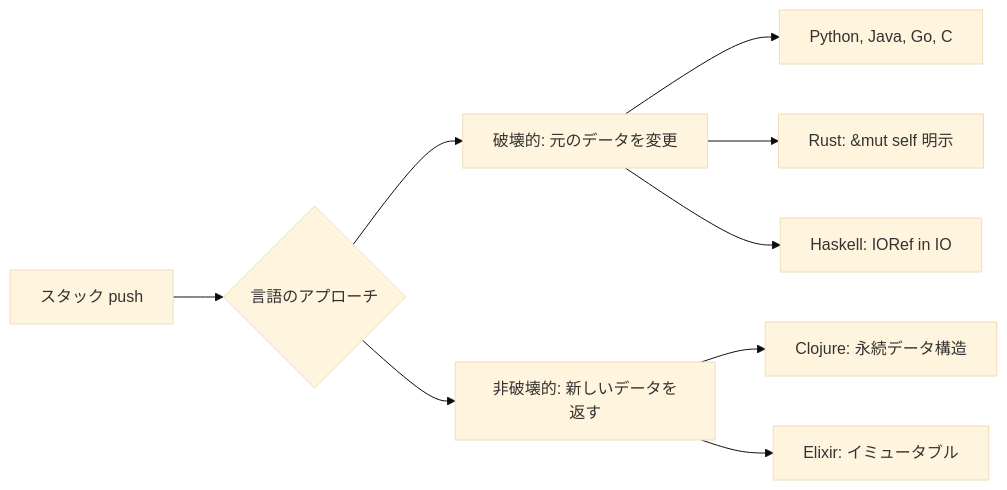
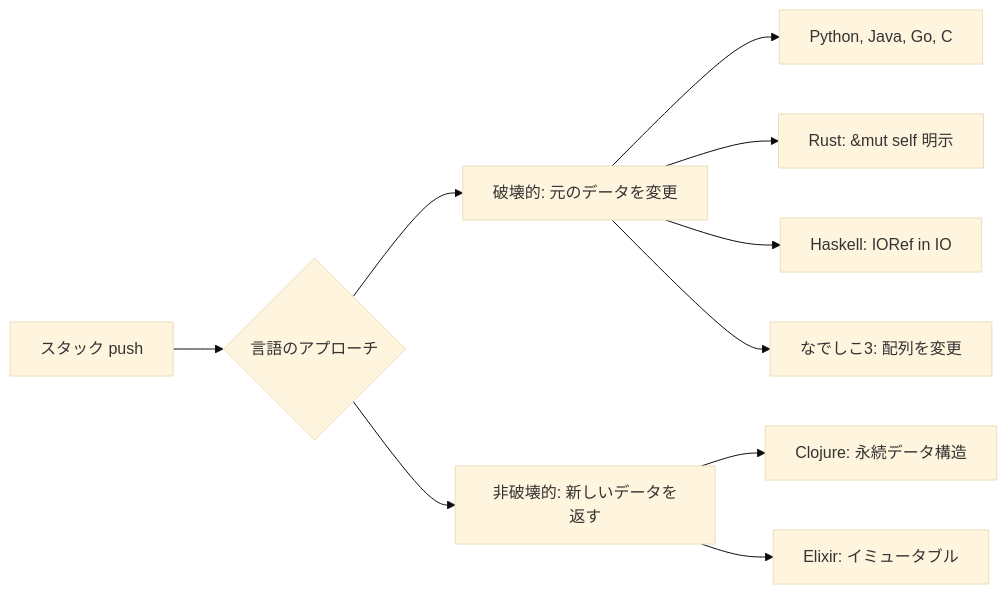
The diagram in docs/article/all/04-data-structures.md (k2works/getting-started-algorithm), drawn with Mermaid (base theme) before and after one commit. The commit also changed other lines of this file and 7 other files, not shown here.

````diff
--- a/docs/article/all/04-data-structures.md
+++ b/docs/article/all/04-data-structures.md
@@ -220,11 +251,12 @@
 ```mermaid
 graph LR
     A[スタック push] --> B{言語のアプローチ}
     B --> C[破壊的: 元のデータを変更]
     B --> D[非破壊的: 新しいデータを返す]
     C --> C1[Python, Java, Go, C]
     C --> C2[Rust: &mut self 明示]
     C --> C3[Haskell: IORef in IO]
+    C --> C4[なでしこ3: 配列を変更]
     D --> D1[Clojure: 永続データ構造]
     D --> D2[Elixir: イミュータブル]
 ```
````
